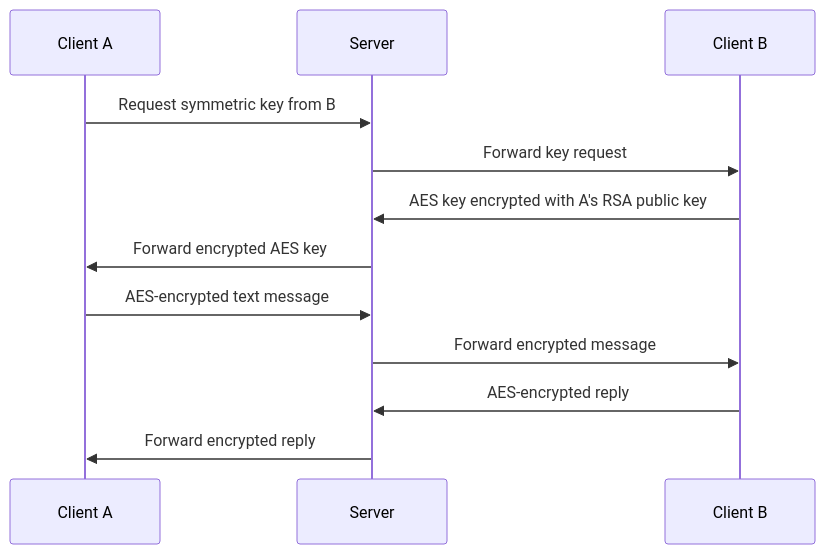
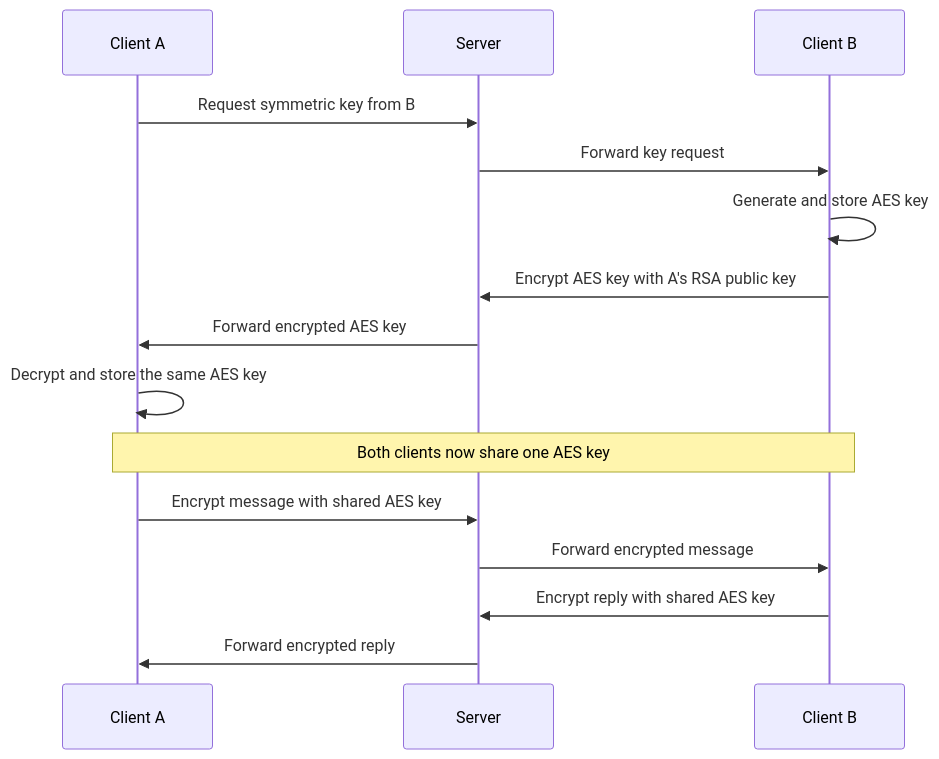
One commit to GilLesokhin/MessageU changed the diagram in README.md. Above: the diagram before and after it, drawn with Mermaid.

Commit message:
Clarify shared key exchange

````diff
--- a/README.md
+++ b/README.md
@@ -19,16 +19,20 @@
 ```mermaid
 sequenceDiagram
     participant A as Client A
     participant S as Server
     participant B as Client B
 
     A->>S: Request symmetric key from B
     S->>B: Forward key request
-    B->>S: AES key encrypted with A's RSA public key
+    B->>B: Generate and store AES key
+    B->>S: Encrypt AES key with A's RSA public key
     S->>A: Forward encrypted AES key
+    A->>A: Decrypt and store the same AES key
 
-    A->>S: AES-encrypted text message
+    Note over A,B: Both clients now share one AES key
+
+    A->>S: Encrypt message with shared AES key
     S->>B: Forward encrypted message
-    B->>S: AES-encrypted reply
+    B->>S: Encrypt reply with shared AES key
     S->>A: Forward encrypted reply
 ```
````
